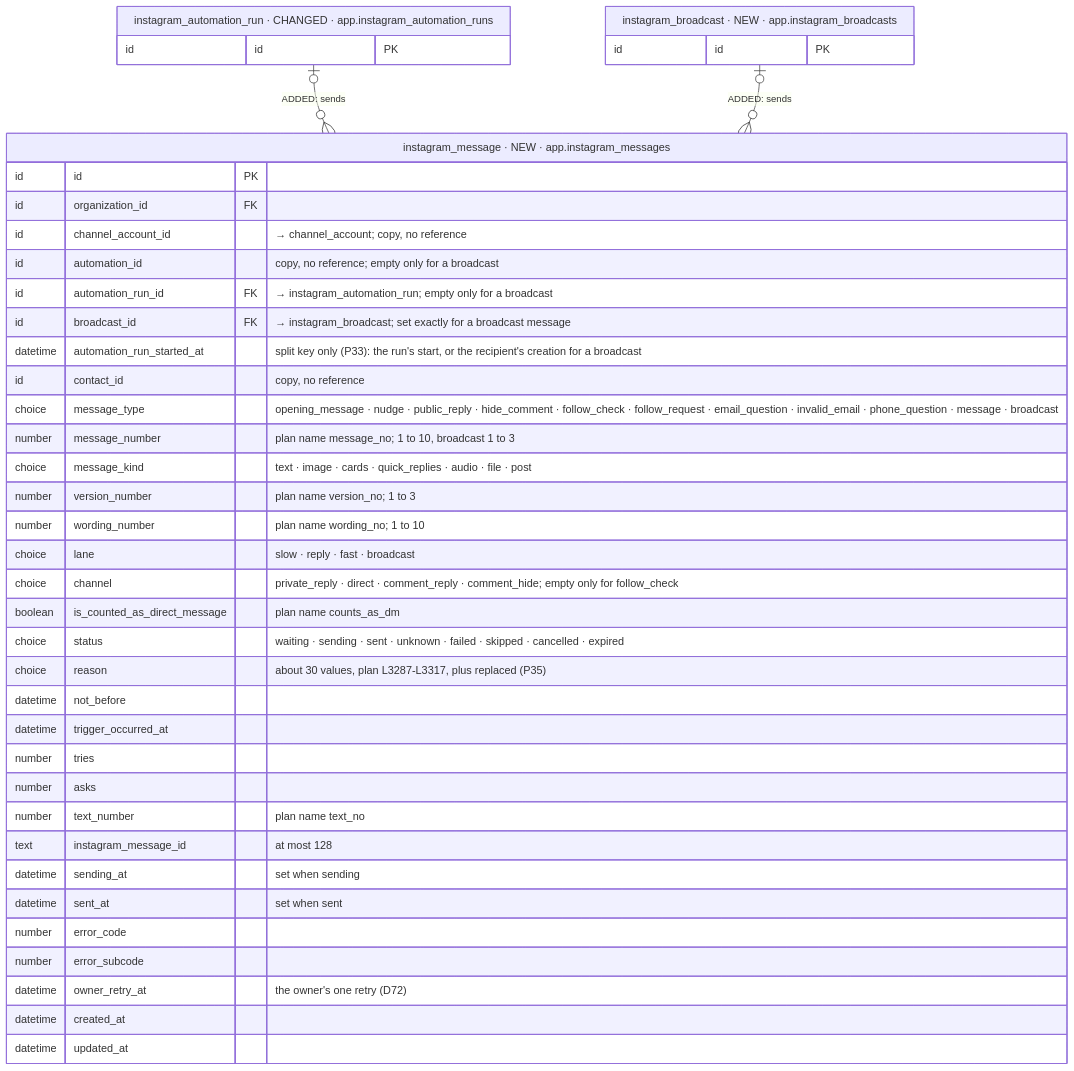
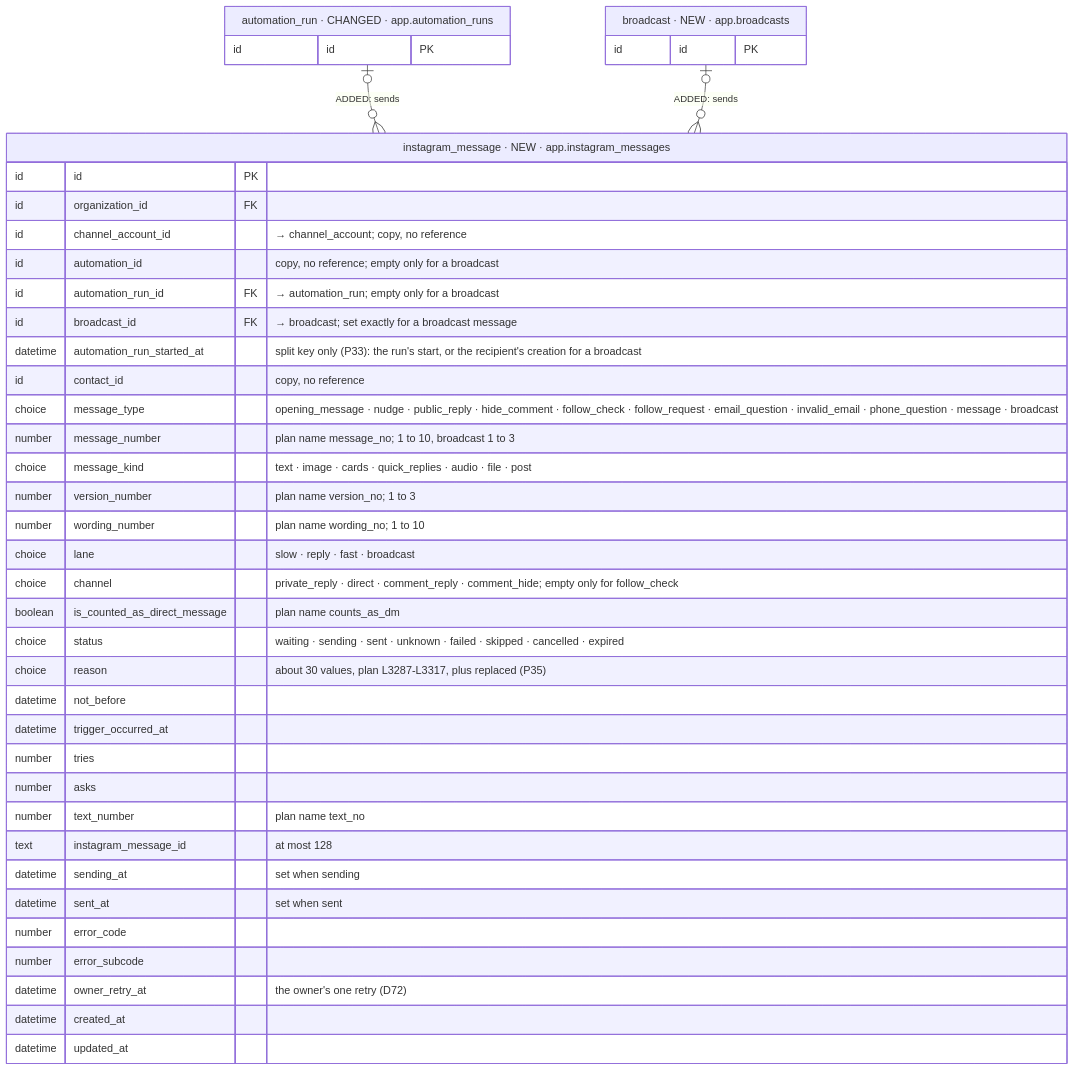
Diagram 24 of 40 in iterations/feat-instagram-dm-sending-2026-11-23-oxak/plans/db-changes.md (albetrios/meepzo-be), drawn with Mermaid before and after one commit. The commit also changed other lines of this file and 2 other files, not shown here.

````diff
--- a/iterations/feat-instagram-dm-sending-2026-11-23-oxak/plans/db-changes.md
+++ b/iterations/feat-instagram-dm-sending-2026-11-23-oxak/plans/db-changes.md
@@ -1252,44 +1287,44 @@
 ```mermaid
 erDiagram
   instagram_message["instagram_message · NEW · app.instagram_messages"] {
     id id PK
     id organization_id FK
     id channel_account_id "→ channel_account; copy, no reference"
     id automation_id "copy, no reference; empty only for a broadcast"
-    id automation_run_id FK "→ instagram_automation_run; empty only for a broadcast"
-    id broadcast_id FK "→ instagram_broadcast; set exactly for a broadcast message"
+    id automation_run_id FK "→ automation_run; empty only for a broadcast"
+    id broadcast_id FK "→ broadcast; set exactly for a broadcast message"
     datetime automation_run_started_at "split key only (P33): the run's start, or the recipient's creation for a broadcast"
     id contact_id "copy, no reference"
     choice message_type "opening_message · nudge · public_reply · hide_comment · follow_check · follow_request · email_question · invalid_email · phone_question · message · broadcast"
     number message_number "plan name message_no; 1 to 10, broadcast 1 to 3"
     choice message_kind "text · image · cards · quick_replies · audio · file · post"
     number version_number "plan name version_no; 1 to 3"
     number wording_number "plan name wording_no; 1 to 10"
     choice lane "slow · reply · fast · broadcast"
     choice channel "private_reply · direct · comment_reply · comment_hide; empty only for follow_check"
     boolean is_counted_as_direct_message "plan name counts_as_dm"
     choice status "waiting · sending · sent · unknown · failed · skipped · cancelled · expired"
     choice reason "about 30 values, plan L3287-L3317, plus replaced (P35)"
     datetime not_before
     datetime trigger_occurred_at
     number tries
     number asks
     number text_number "plan name text_no"
     text instagram_message_id "at most 128"
     datetime sending_at "set when sending"
     datetime sent_at "set when sent"
     number error_code
     number error_subcode
     datetime owner_retry_at "the owner's one retry (D72)"
     datetime created_at
     datetime updated_at
   }
-  instagram_automation_run["instagram_automation_run · CHANGED · app.instagram_automation_runs"] {
+  automation_run["automation_run · CHANGED · app.automation_runs"] {
     id id PK
   }
-  instagram_broadcast["instagram_broadcast · NEW · app.instagram_broadcasts"] {
+  broadcast["broadcast · NEW · app.broadcasts"] {
     id id PK
   }
-  instagram_automation_run |o--o{ instagram_message : "ADDED: sends"
-  instagram_broadcast |o--o{ instagram_message : "ADDED: sends"
+  automation_run |o--o{ instagram_message : "ADDED: sends"
+  broadcast |o--o{ instagram_message : "ADDED: sends"
 ```
````
